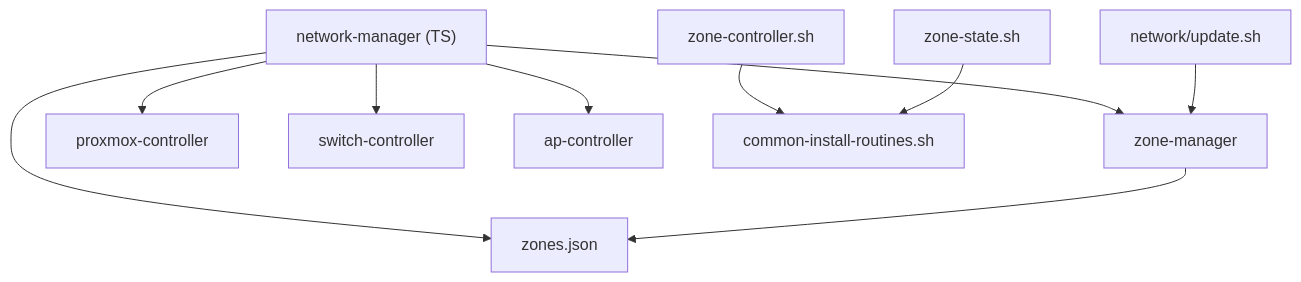
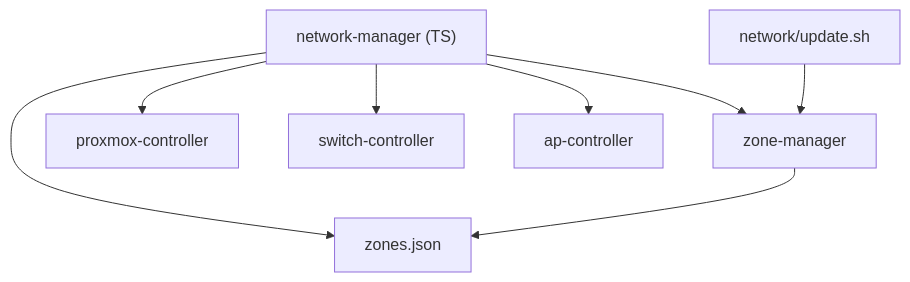
One commit to TAPPaaS/TAPPaaS changed the fourth of 6 diagrams in src/foundation/DEPENDENCIES.md. Above: the diagram before and after it, drawn with Mermaid. The commit also changed other lines of this file and 70 other files, not shown here.

````diff
--- a/src/foundation/DEPENDENCIES.md
+++ b/src/foundation/DEPENDENCIES.md
@@ -278,12 +275,10 @@
 ```mermaid
 graph TD
     NM["network-manager (TS)"] --> ZJ["zones.json"]
     NM --> ZM["zone-manager"]
     NM --> PX["proxmox-controller"]
     NM --> SC["switch-controller"]
     NM --> AP["ap-controller"]
-    ZC["zone-controller.sh"] --> CIR["common-install-routines.sh"]
-    ZS["zone-state.sh"] --> CIR
     NU["network/update.sh"] --> ZM
     ZM --> ZJ
 ```
````
